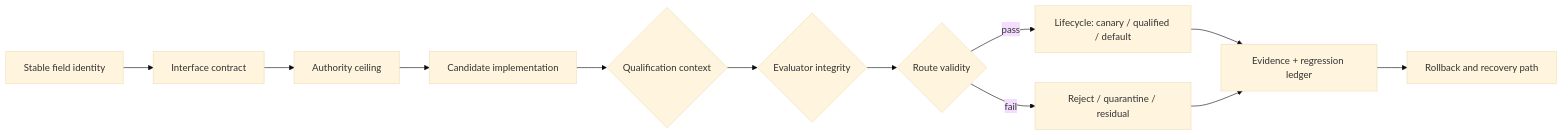
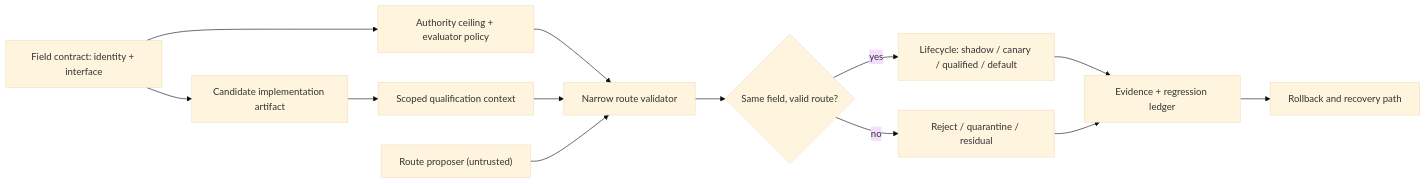
Before and after one commit to corbensorenson/asi-stack-book: the diagram in chapters/stable-capability-fields.qmd, drawn with Mermaid (base theme). The commit also changed other lines of this file and 6 other files, not shown here.

````diff
--- a/chapters/stable-capability-fields.qmd
+++ b/chapters/stable-capability-fields.qmd
@@ -83,14 +83,15 @@
 ```{mermaid}
 flowchart LR
-  A["Stable field identity"] --> B["Interface contract"]
-  B --> C["Authority ceiling"]
-  C --> D["Candidate implementation"]
-  D --> E{"Qualification context"}
-  E --> F{"Evaluator integrity"}
-  F --> G{"Route validity"}
-  G -- "pass" --> H["Lifecycle: canary / qualified / default"]
-  G -- "fail" --> I["Reject / quarantine / residual"]
-  H --> J["Evidence + regression ledger"]
-  I --> J
-  J --> K["Rollback and recovery path"]
+  A["Field contract: identity + interface"] --> B["Candidate implementation artifact"]
+  A --> C["Authority ceiling + evaluator policy"]
+  B --> D["Scoped qualification context"]
+  C --> E["Narrow route validator"]
+  D --> E
+  P["Route proposer (untrusted)"] --> E
+  E --> F{"Same field, valid route?"}
+  F -- "yes" --> G["Lifecycle: shadow / canary / qualified / default"]
+  F -- "no" --> H["Reject / quarantine / residual"]
+  G --> I["Evidence + regression ledger"]
+  H --> I
+  I --> J["Rollback and recovery path"]
 ```
````
